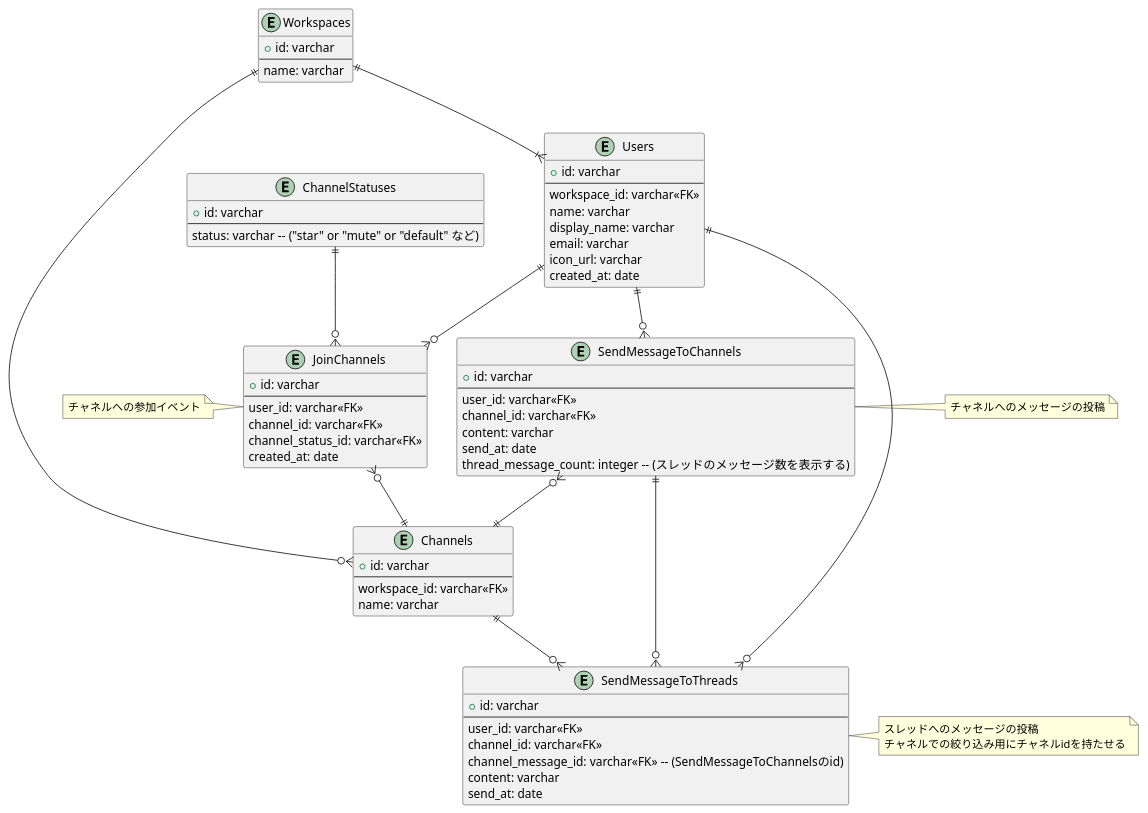
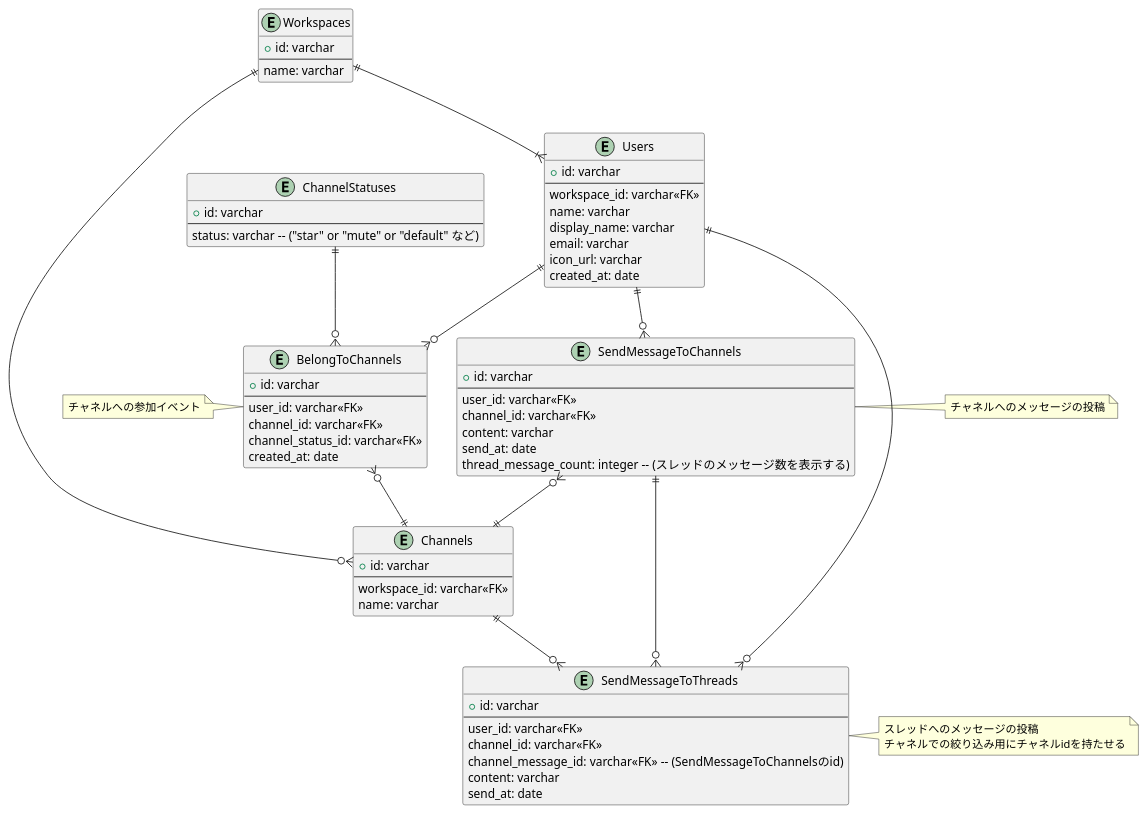
One commit to tsubasa1122/praha-challenge changed the diagram in db/no.15/schema1.wsd. Above: the diagram before and after it, drawn with PlantUML. The commit also changed 2 other files, not shown here.

```diff
--- a/db/no.15/schema1.wsd
+++ b/db/no.15/schema1.wsd
@@ -1,79 +1,79 @@
 Entity Users {
   + id: varchar
   --
   workspace_id: varchar<<FK>>
   name: varchar
   display_name: varchar
   email: varchar
   icon_url: varchar
   created_at: date
 }
 
 Entity SendMessageToChannels {
   + id: varchar
   --
   user_id: varchar<<FK>>
   channel_id: varchar<<FK>>
   content: varchar
   send_at: date
   thread_message_count: integer -- (スレッドのメッセージ数を表示する)
 }
 note right
 チャネルへのメッセージの投稿
 end note
 
 Entity SendMessageToThreads {
   + id: varchar
   --
   user_id: varchar<<FK>>
   channel_id: varchar<<FK>>
   channel_message_id: varchar<<FK>> -- (SendMessageToChannelsのid)
   content: varchar
   send_at: date
 }
 note right
 スレッドへのメッセージの投稿
 チャネルでの絞り込み用にチャネルidを持たせる
 end note
 
 Entity Channels {
   + id: varchar
   --
   workspace_id: varchar<<FK>>
   name: varchar
 }
 
-Entity JoinChannels {
+Entity BelongToChannels {
   + id: varchar
   --
   user_id: varchar<<FK>>
   channel_id: varchar<<FK>>
   channel_status_id: varchar<<FK>>
   created_at: date
 }
 note left
 チャネルへの参加イベント
 end note
 
 Entity ChannelStatuses {
   + id: varchar
   --
   status: varchar -- ("star" or "mute" or "default" など)
 }
 
 Entity Workspaces {
   + id: varchar
   --
   name: varchar
 }
 
 Workspaces ||--|{ Users
 Workspaces ||--o{ Channels
 Users ||--o{ SendMessageToChannels
 SendMessageToChannels }o--|| Channels
 Users ||--o{ SendMessageToThreads
 Channels ||--o{ SendMessageToThreads
 SendMessageToChannels ||--o{ SendMessageToThreads
-Users ||--o{ JoinChannels
-JoinChannels }o--|| Channels
-ChannelStatuses ||--o{ JoinChannels
+Users ||--o{ BelongToChannels
+BelongToChannels }o--|| Channels
+ChannelStatuses ||--o{ BelongToChannels
```
